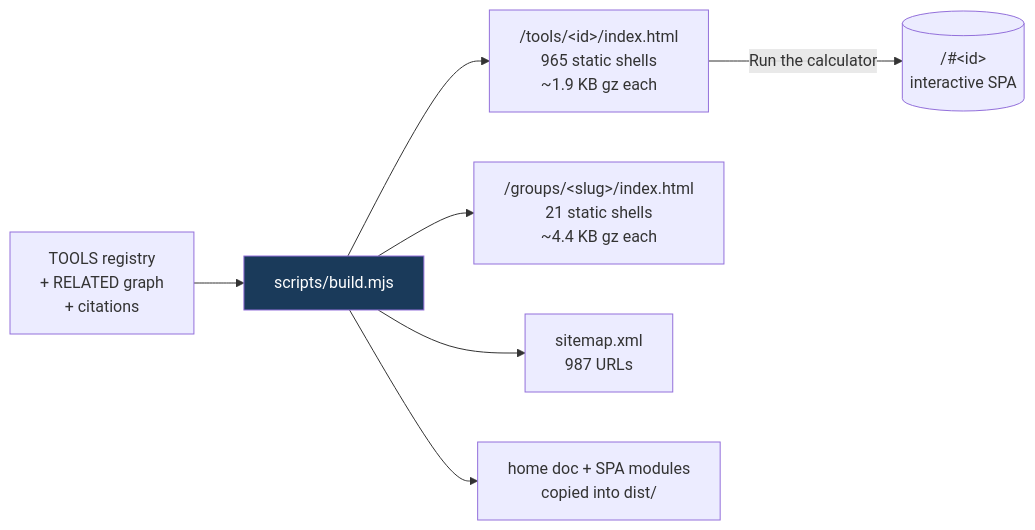
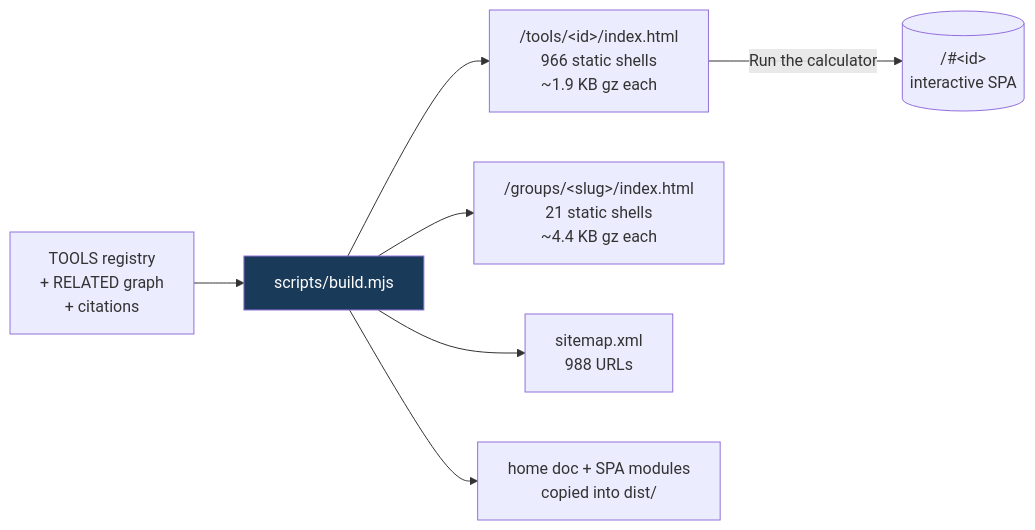
Before and after one commit to clay-good/roughlogic.com: the fifth of 8 diagrams in README.md, drawn with Mermaid. The commit also changed other lines of this file and 12 other files, not shown here.

````diff
--- a/README.md
+++ b/README.md
@@ -495,10 +495,10 @@
 ```mermaid
 flowchart LR
     SRC[TOOLS registry\n+ RELATED graph\n+ citations] --> BUILD[scripts/build.mjs]
-    BUILD --> TILE["/tools/&lt;id&gt;/index.html\n965 static shells\n~1.9 KB gz each"]
+    BUILD --> TILE["/tools/&lt;id&gt;/index.html\n966 static shells\n~1.9 KB gz each"]
     BUILD --> GROUP["/groups/&lt;slug&gt;/index.html\n21 static shells\n~4.4 KB gz each"]
-    BUILD --> MAP["sitemap.xml\n987 URLs"]
+    BUILD --> MAP["sitemap.xml\n988 URLs"]
     BUILD --> COPY[home doc + SPA modules\ncopied into dist/]
     TILE -->|Run the calculator| SPA[("/#&lt;id&gt;\ninteractive SPA")]
     style BUILD fill:#1a3a5a,color:#fff
 ```
````
